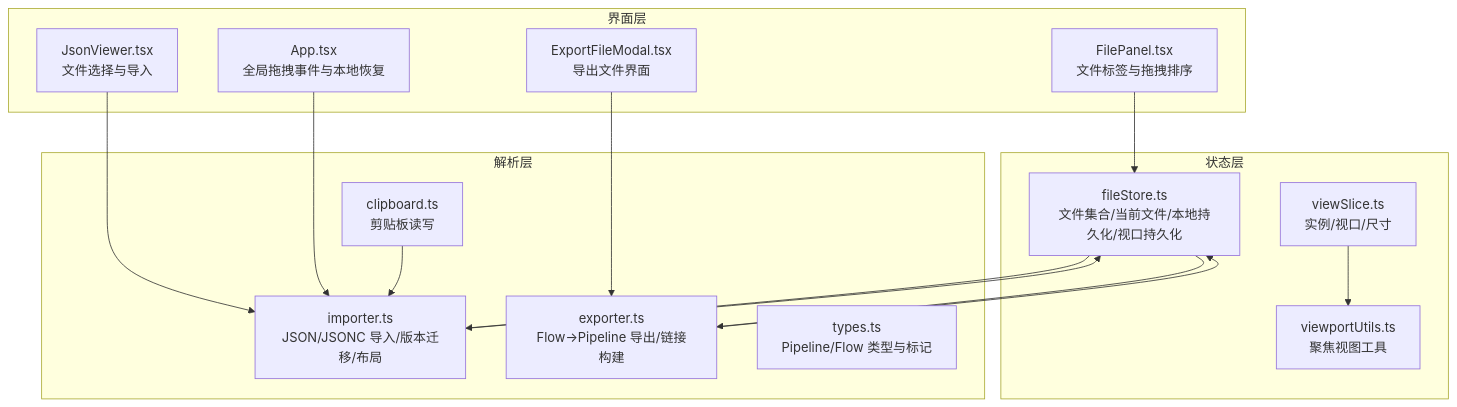
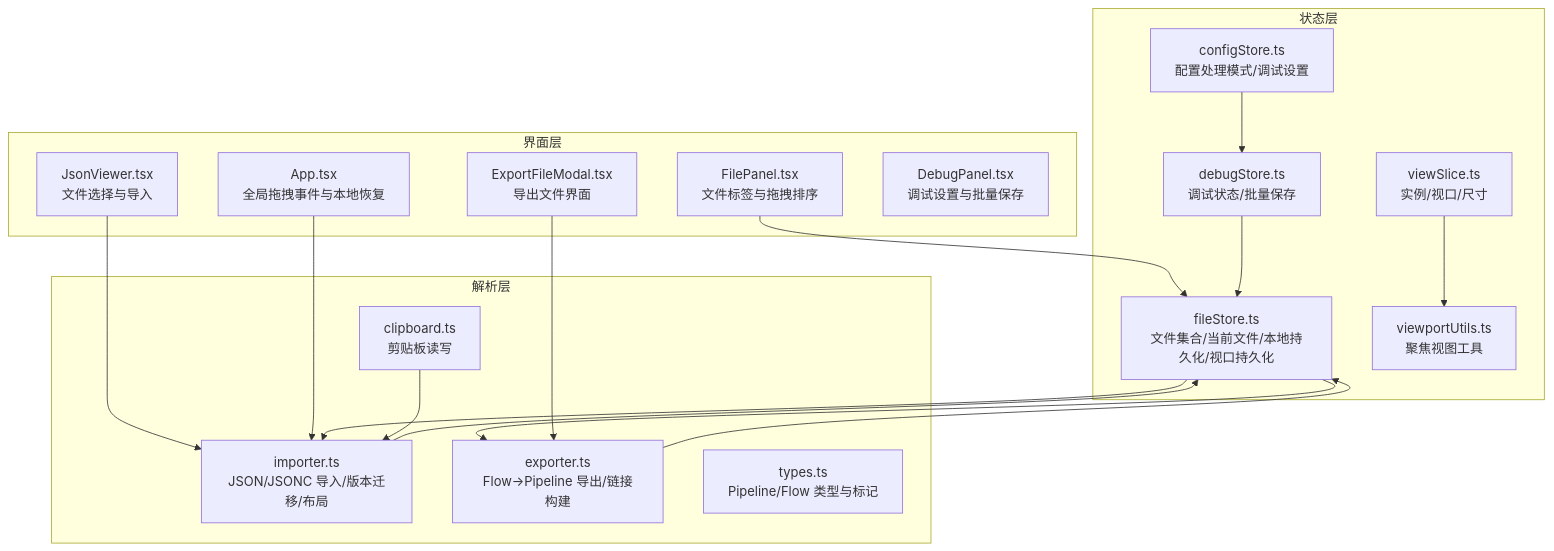
Before and after one commit to kqcoxn/MaaPipelineEditor: the first of 9 diagrams in .qoder/repowiki/zh/content/核心概念/文件与视口.md, drawn with Mermaid. The commit also changed other lines of this file and 8 other files, not shown here.

````diff
--- a/.qoder/repowiki/zh/content/核心概念/文件与视口.md
+++ b/.qoder/repowiki/zh/content/核心概念/文件与视口.md
@@ -59,30 +67,35 @@
 ```mermaid
 graph TB
 subgraph "界面层"
 FP["FilePanel.tsx<br/>文件标签与拖拽排序"]
 JV["JsonViewer.tsx<br/>文件选择与导入"]
 APP["App.tsx<br/>全局拖拽事件与本地恢复"]
 EFM["ExportFileModal.tsx<br/>导出文件界面"]
+DBP["DebugPanel.tsx<br/>调试设置与批量保存"]
 end
 subgraph "状态层"
 FS["fileStore.ts<br/>文件集合/当前文件/本地持久化/视口持久化"]
+DS["debugStore.ts<br/>调试状态/批量保存"]
+CS["configStore.ts<br/>配置处理模式/调试设置"]
 VS["viewSlice.ts<br/>实例/视口/尺寸"]
 FU["viewportUtils.ts<br/>聚焦视图工具"]
 end
 subgraph "解析层"
 IMP["importer.ts<br/>JSON/JSONC 导入/版本迁移/布局"]
 EXP["exporter.ts<br/>Flow->Pipeline 导出/链接构建"]
 TYP["types.ts<br/>Pipeline/Flow 类型与标记"]
 CLP["clipboard.ts<br/>剪贴板读写"]
 end
 FP --> FS
 JV --> IMP
 APP --> IMP
 FS --> IMP
 FS --> EXP
+DS --> FS
+CS --> DS
 VS --> FU
 IMP --> FS
 EXP --> FS
 CLP --> IMP
 EFM --> EXP
 ```
````
